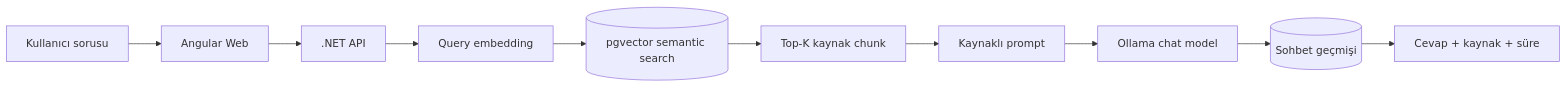
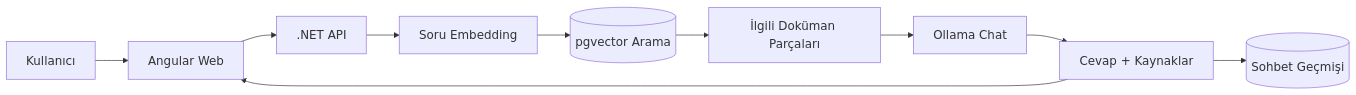
Before and after one commit to omerfurkanguney/CompanyKnowledgeRagAssistant: the second of 6 diagrams in README.md, drawn with Mermaid. The commit also changed other lines of this file, not shown here.

Commit message:
docs(readme): update table of contents and enhance system flow descriptions

````diff
--- a/README.md
+++ b/README.md
@@ -100,12 +106,13 @@
 ```mermaid
+%%{init: {'themeVariables': {'fontSize': '18px'}}}%%
 flowchart LR
-    A[Kullanıcı sorusu] --> B[Angular Web]
-    B --> C[.NET API]
-    C --> D[Query embedding]
-    D --> E[(pgvector semantic search)]
-    E --> F[Top-K kaynak chunk]
-    F --> G[Kaynaklı prompt]
-    G --> H[Ollama chat model]
-    H --> I[(Sohbet geçmişi)]
-    I --> J[Cevap + kaynak + süre]
+    U[Kullanıcı] --> W[Angular Web]
+    W --> A[.NET API]
+    A --> E[Soru Embedding]
+    E --> V[(pgvector Arama)]
+    V --> C[İlgili Doküman Parçaları]
+    C --> O[Ollama Chat]
+    O --> R[Cevap + Kaynaklar]
+    R --> H[(Sohbet Geçmişi)]
+    R --> W
 ```
````
